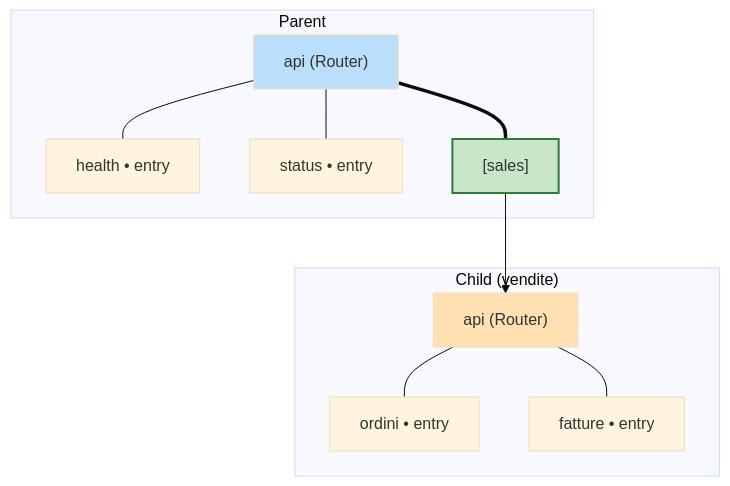
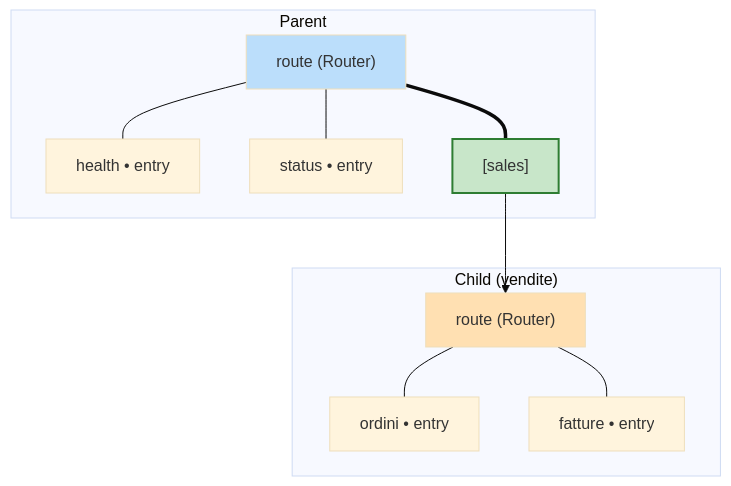
Before and after one commit to genropy/genro-routes: the second of 6 diagrams in docs/guide/attach-instance-visual-guide.md, drawn with Mermaid (base theme). The commit also changed other lines of this file and 16 other files, not shown here.

First line of the commit message:
docs: migrate documentation to single-router API. Refs #32

````diff
--- a/docs/guide/attach-instance-visual-guide.md
+++ b/docs/guide/attach-instance-visual-guide.md
@@ -36,19 +37,19 @@
 ```mermaid
 graph TB
     subgraph "Parent"
-        PA["api (Router)"]
+        PA["route (Router)"]
         PA --- E1["health &bull; entry"]
         PA --- E2["status &bull; entry"]
         PA === S1["[sales]"]
     end
     subgraph "Child (vendite)"
-        CA["api (Router)"]
+        CA["route (Router)"]
         CA --- E3["ordini &bull; entry"]
         CA --- E4["fatture &bull; entry"]
     end
     S1 --> CA
 
     style PA fill:#bbdefb
     style CA fill:#ffe0b2
     style S1 fill:#c8e6c9,stroke:#2e7d32,stroke-width:2px
 ```
````
